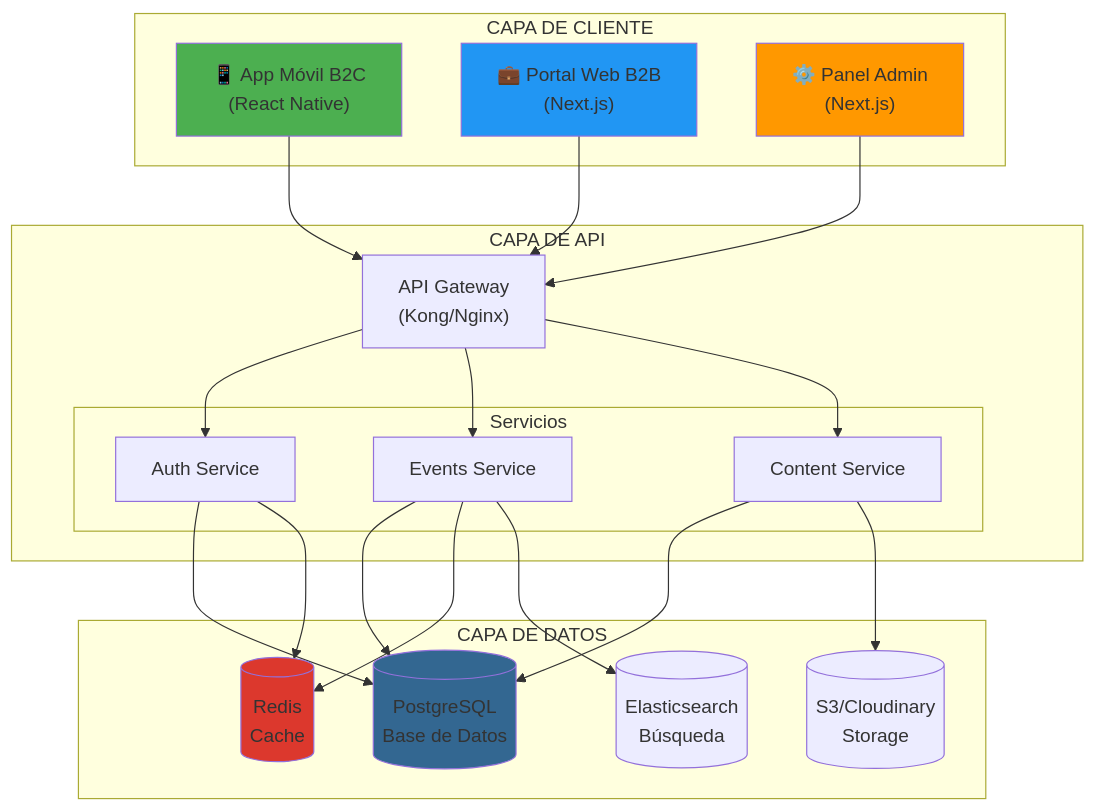
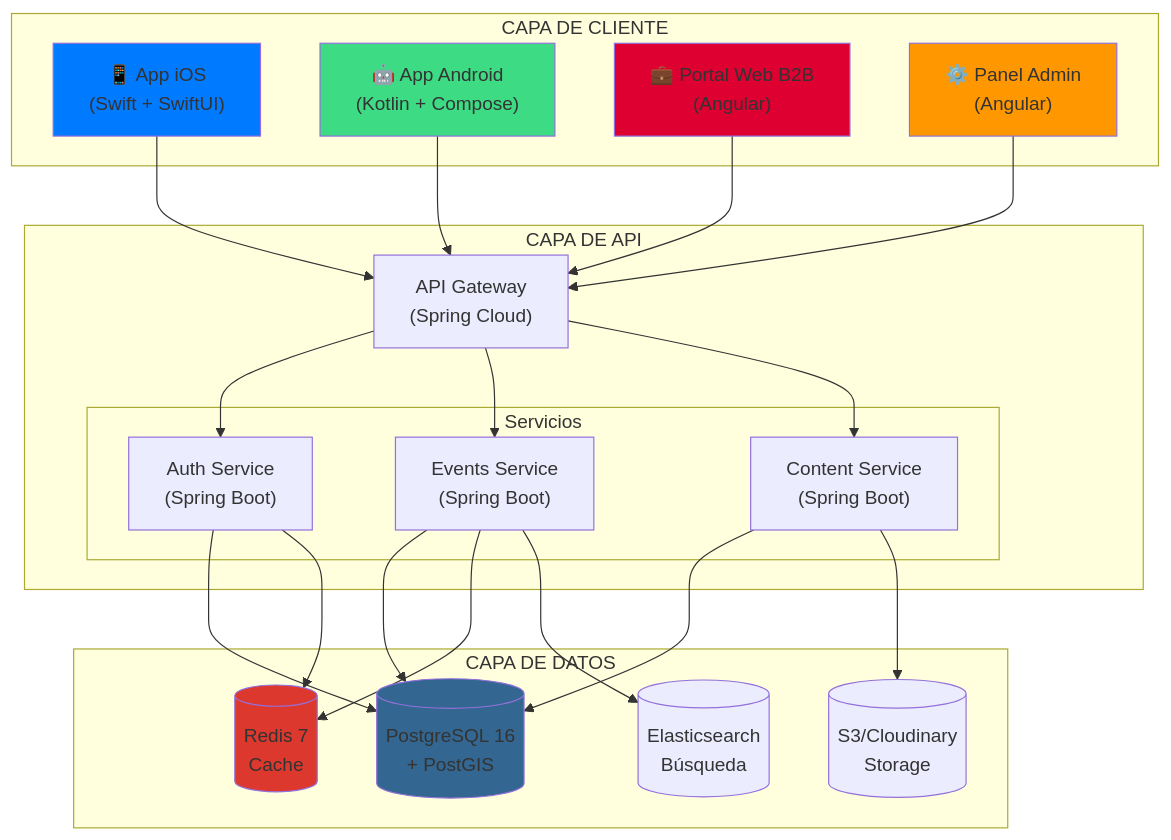
One commit to juansuarez-pragma/amigusto_doc changed the first of 12 diagrams in DIAGRAMAS.md. Above: the diagram before and after it, drawn with Mermaid. The commit also changed other lines of this file and 2 other files, not shown here.

````diff
--- a/DIAGRAMAS.md
+++ b/DIAGRAMAS.md
@@ -10,47 +10,50 @@
 ```mermaid
 graph TB
     subgraph "CAPA DE CLIENTE"
-        Mobile["📱 App Móvil B2C<br/>(React Native)"]
-        Portal["💼 Portal Web B2B<br/>(Next.js)"]
-        Admin["⚙️ Panel Admin<br/>(Next.js)"]
+        iOS["📱 App iOS<br/>(Swift + SwiftUI)"]
+        Android["🤖 App Android<br/>(Kotlin + Compose)"]
+        Portal["💼 Portal Web B2B<br/>(Angular)"]
+        Admin["⚙️ Panel Admin<br/>(Angular)"]
     end
 
     subgraph "CAPA DE API"
-        Gateway["API Gateway<br/>(Kong/Nginx)"]
+        Gateway["API Gateway<br/>(Spring Cloud)"]
 
         subgraph "Servicios"
-            AuthAPI["Auth Service"]
-            EventsAPI["Events Service"]
-            ContentAPI["Content Service"]
+            AuthAPI["Auth Service<br/>(Spring Boot)"]
+            EventsAPI["Events Service<br/>(Spring Boot)"]
+            ContentAPI["Content Service<br/>(Spring Boot)"]
         end
     end
 
     subgraph "CAPA DE DATOS"
-        Postgres[(PostgreSQL<br/>Base de Datos)]
-        Redis[(Redis<br/>Cache)]
+        Postgres[(PostgreSQL 16<br/>+ PostGIS)]
+        Redis[(Redis 7<br/>Cache)]
         S3[("S3/Cloudinary<br/>Storage")]
         Search[(Elasticsearch<br/>Búsqueda)]
     end
 
-    Mobile --> Gateway
+    iOS --> Gateway
+    Android --> Gateway
     Portal --> Gateway
     Admin --> Gateway
 
     Gateway --> AuthAPI
     Gateway --> EventsAPI
     Gateway --> ContentAPI
 
     AuthAPI --> Postgres
     AuthAPI --> Redis
     EventsAPI --> Postgres
     EventsAPI --> Redis
     EventsAPI --> Search
     ContentAPI --> Postgres
     ContentAPI --> S3
 
-    style Mobile fill:#4CAF50
-    style Portal fill:#2196F3
+    style iOS fill:#007AFF
+    style Android fill:#3DDC84
+    style Portal fill:#DD0031
     style Admin fill:#FF9800
     style Postgres fill:#336791
     style Redis fill:#DC382D
 ```
````
